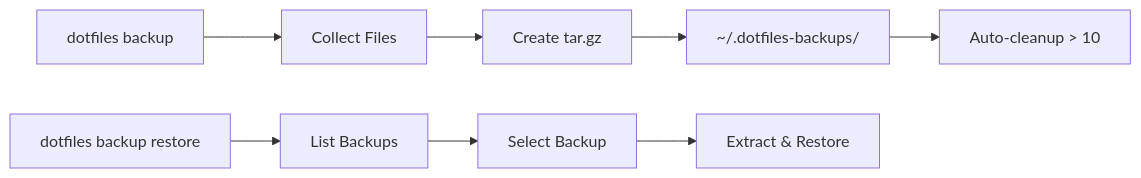
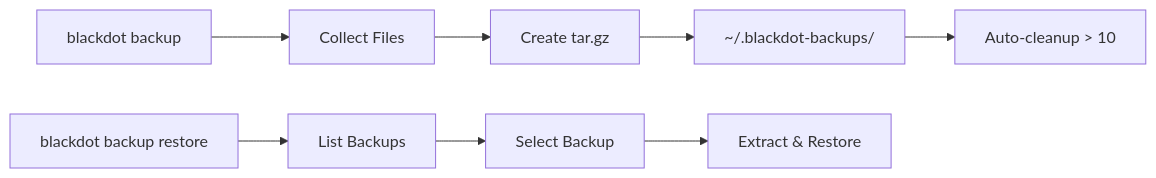
The ninth of 10 diagrams in docs/architecture.md (blackwell-systems/blackdot), drawn with Mermaid before and after one commit. The commit also changed other lines of this file and 83 other files, not shown here.

````diff
--- a/docs/architecture.md
+++ b/docs/architecture.md
@@ -605,11 +605,11 @@
 ```mermaid
 flowchart LR
-    A[dotfiles backup] --> B[Collect Files]
+    A[blackdot backup] --> B[Collect Files]
     B --> C[Create tar.gz]
-    C --> D[~/.dotfiles-backups/]
+    C --> D[~/.blackdot-backups/]
     D --> E[Auto-cleanup > 10]
 
-    F[dotfiles backup restore] --> G[List Backups]
+    F[blackdot backup restore] --> G[List Backups]
     G --> H[Select Backup]
     H --> I[Extract & Restore]
 ```
````
